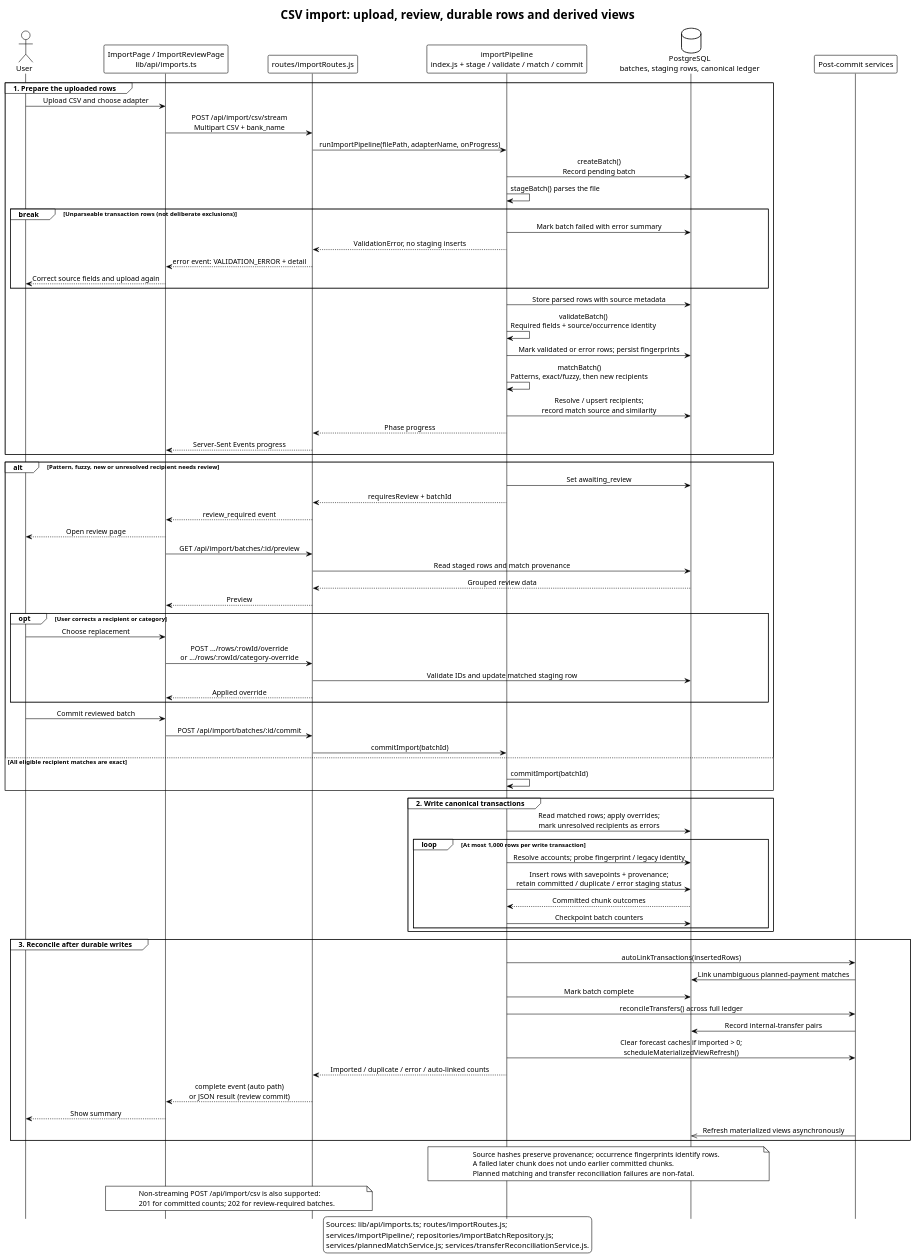
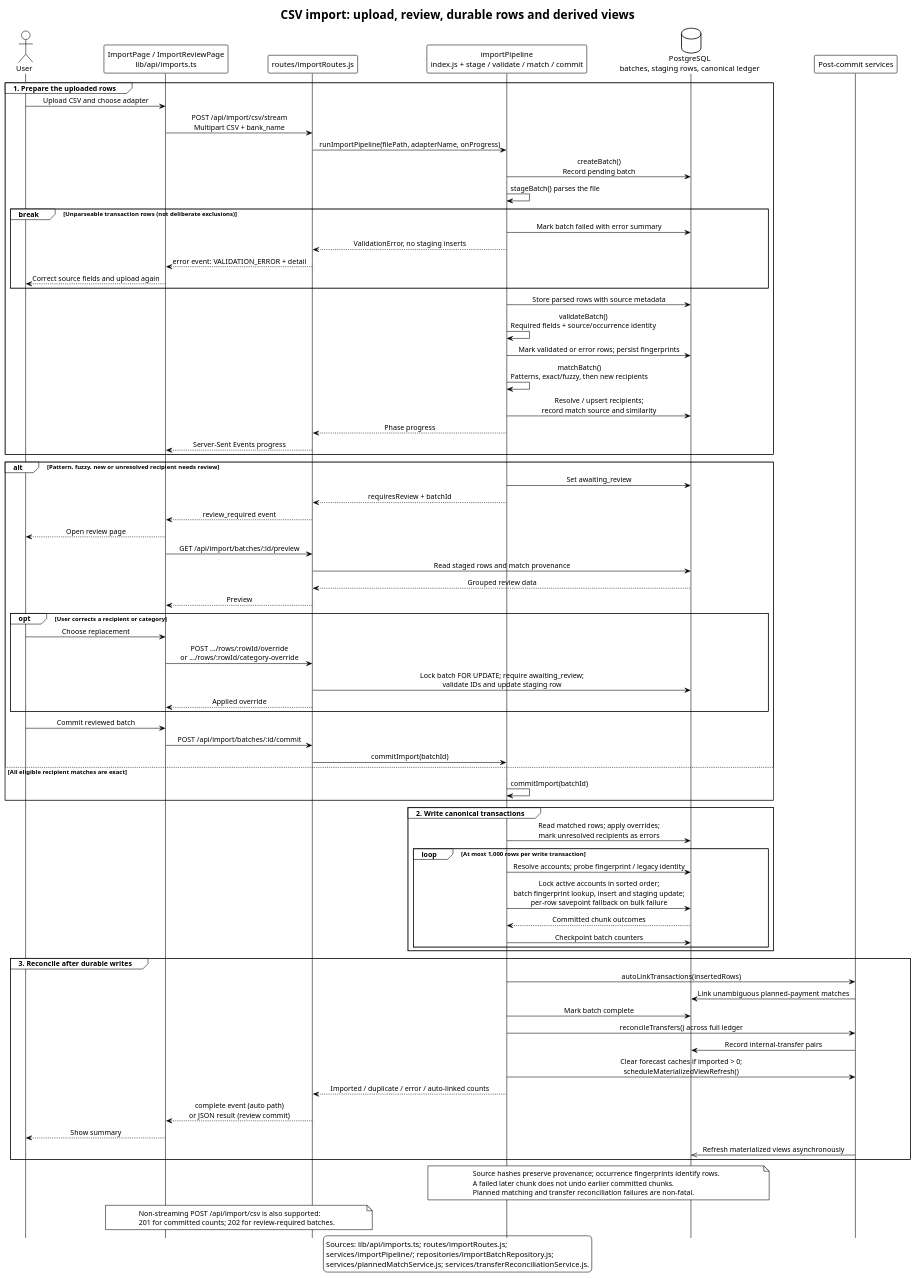
Before and after one commit to EraPartner/Vision: the diagram in docs/diagrams/import-sequence.puml, drawn with PlantUML. The commit also changed 20 other files, not shown here.

First line of the commit message:
fix(imports): order commit overrides, batch writes and harden duplicate identity

```diff
--- a/docs/diagrams/import-sequence.puml
+++ b/docs/diagrams/import-sequence.puml
@@ -1,99 +1,99 @@
 @startuml import-sequence
 title CSV import: upload, review, durable rows and derived views
 
 !theme plain
 hide footbox
 skinparam participantPadding 15
 skinparam sequenceMessageAlign center
 
 actor User
 participant "ImportPage / ImportReviewPage\nlib/api/imports.ts" as Frontend
 participant "routes/importRoutes.js" as Route
 participant "importPipeline\nindex.js + stage / validate / match / commit" as Pipeline
 database "PostgreSQL\nbatches, staging rows, canonical ledger" as DB
 participant "Post-commit services" as Derived
 
 group 1. Prepare the uploaded rows
   User -> Frontend : Upload CSV and choose adapter
   Frontend -> Route : POST /api/import/csv/stream\nMultipart CSV + bank_name
   Route -> Pipeline : runImportPipeline(filePath, adapterName, onProgress)
   Pipeline -> DB : createBatch()\nRecord pending batch
   Pipeline -> Pipeline : stageBatch() parses the file
   break Unparseable transaction rows (not deliberate exclusions)
     Pipeline -> DB : Mark batch failed with error summary
     Pipeline --> Route : ValidationError, no staging inserts
     Route --> Frontend : error event: VALIDATION_ERROR + detail
     Frontend --> User : Correct source fields and upload again
   end
   Pipeline -> DB : Store parsed rows with source metadata
   Pipeline -> Pipeline : validateBatch()\nRequired fields + source/occurrence identity
   Pipeline -> DB : Mark validated or error rows; persist fingerprints
   Pipeline -> Pipeline : matchBatch()\nPatterns, exact/fuzzy, then new recipients
   Pipeline -> DB : Resolve / upsert recipients;\nrecord match source and similarity
   Pipeline --> Route : Phase progress
   Route --> Frontend : Server-Sent Events progress
 end
 
 alt Pattern, fuzzy, new or unresolved recipient needs review
   Pipeline -> DB : Set awaiting_review
   Pipeline --> Route : requiresReview + batchId
   Route --> Frontend : review_required event
   Frontend --> User : Open review page
   Frontend -> Route : GET /api/import/batches/:id/preview
   Route -> DB : Read staged rows and match provenance
   DB --> Route : Grouped review data
   Route --> Frontend : Preview
   opt User corrects a recipient or category
     User -> Frontend : Choose replacement
     Frontend -> Route : POST .../rows/:rowId/override\nor .../rows/:rowId/category-override
-    Route -> DB : Validate IDs and update matched staging row
+    Route -> DB : Lock batch FOR UPDATE; require awaiting_review;\nvalidate IDs and update staging row
     Route --> Frontend : Applied override
   end
   User -> Frontend : Commit reviewed batch
   Frontend -> Route : POST /api/import/batches/:id/commit
   Route -> Pipeline : commitImport(batchId)
 else All eligible recipient matches are exact
   Pipeline -> Pipeline : commitImport(batchId)
 end
 
 group 2. Write canonical transactions
   Pipeline -> DB : Read matched rows; apply overrides;\nmark unresolved recipients as errors
   loop At most 1,000 rows per write transaction
     Pipeline -> DB : Resolve accounts; probe fingerprint / legacy identity
-    Pipeline -> DB : Insert rows with savepoints + provenance;\nretain committed / duplicate / error staging status
+    Pipeline -> DB : Lock active accounts in sorted order;\nbatch fingerprint lookup, insert and staging update;\nper-row savepoint fallback on bulk failure
     DB --> Pipeline : Committed chunk outcomes
     Pipeline -> DB : Checkpoint batch counters
   end
 end
 
 group 3. Reconcile after durable writes
   Pipeline -> Derived : autoLinkTransactions(insertedRows)
   Derived -> DB : Link unambiguous planned-payment matches
   Pipeline -> DB : Mark batch complete
   Pipeline -> Derived : reconcileTransfers() across full ledger
   Derived -> DB : Record internal-transfer pairs
   Pipeline -> Derived : Clear forecast caches if imported > 0;\nscheduleMaterializedViewRefresh()
   Pipeline --> Route : Imported / duplicate / error / auto-linked counts
   Route --> Frontend : complete event (auto path)\nor JSON result (review commit)
   Frontend --> User : Show summary
   Derived ->> DB : Refresh materialized views asynchronously
 end
 
 note over Pipeline, DB
   Source hashes preserve provenance; occurrence fingerprints identify rows.
   A failed later chunk does not undo earlier committed chunks.
   Planned matching and transfer reconciliation failures are non-fatal.
 end note
 
 note over Frontend, Route
   Non-streaming POST /api/import/csv is also supported:
   201 for committed counts; 202 for review-required batches.
 end note
 
 legend bottom
   Sources: lib/api/imports.ts; routes/importRoutes.js;
   services/importPipeline/; repositories/importBatchRepository.js;
   services/plannedMatchService.js; services/transferReconciliationService.js.
 endlegend
 
 @enduml
```
